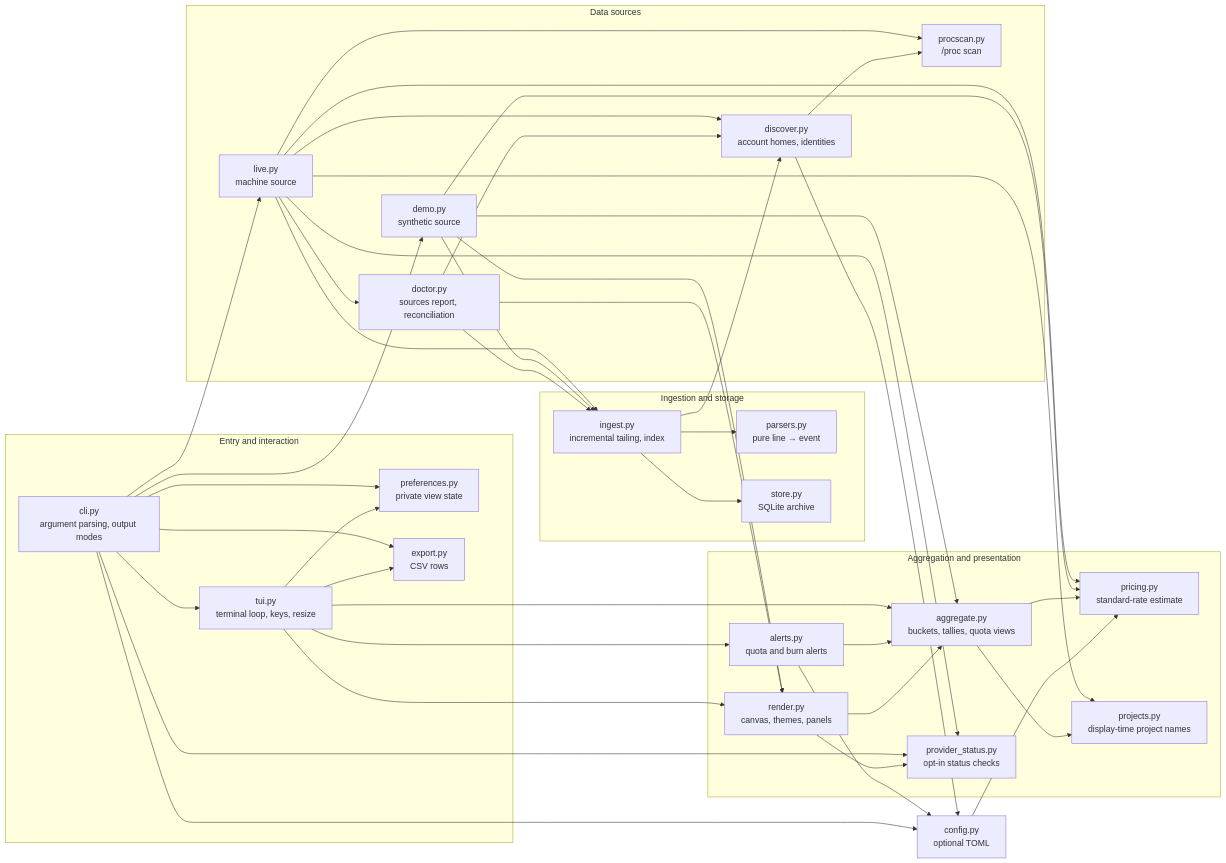
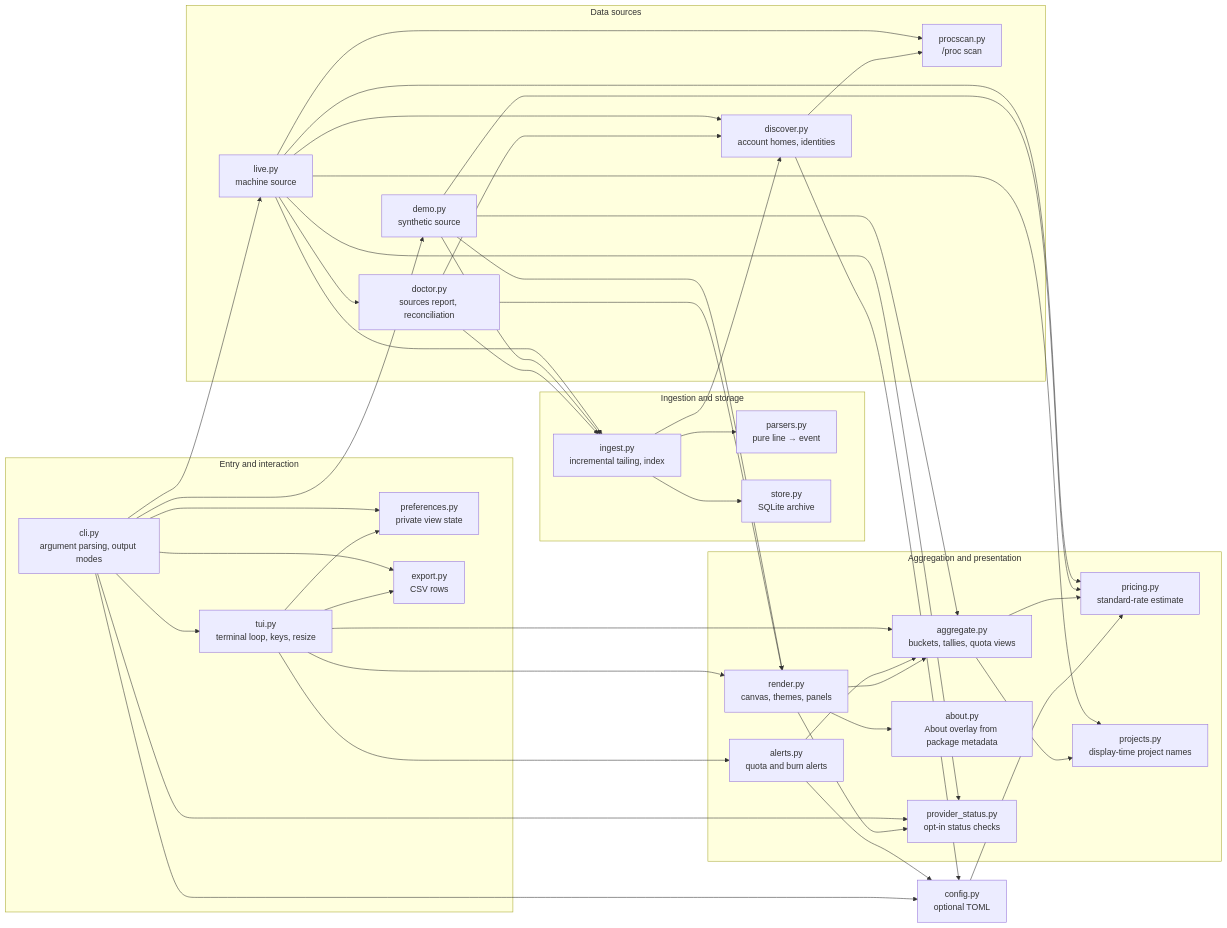
Before and after one commit to marcelpetrick/tokenUsage2: the third of 5 diagrams in docs/ARCHITECTURE.md, drawn with Mermaid. The commit also changed 9 other files, not shown here.

First line of the commit message:
feat: add an About overlay on the i key

````diff
--- a/docs/ARCHITECTURE.md
+++ b/docs/ARCHITECTURE.md
@@ -92,46 +92,47 @@
 ```mermaid
 flowchart LR
     subgraph entry["Entry and interaction"]
         cli["cli.py<br/>argument parsing, output modes"]
         tui["tui.py<br/>terminal loop, keys, resize"]
         prefs["preferences.py<br/>private view state"]
         export["export.py<br/>CSV rows"]
     end
 
     subgraph sources["Data sources"]
         live["live.py<br/>machine source"]
         demo["demo.py<br/>synthetic source"]
         discover["discover.py<br/>account homes, identities"]
         procscan["procscan.py<br/>/proc scan"]
         doctor["doctor.py<br/>sources report, reconciliation"]
     end
 
     subgraph ingestion["Ingestion and storage"]
         ingest["ingest.py<br/>incremental tailing, index"]
         parsers["parsers.py<br/>pure line → event"]
         store["store.py<br/>SQLite archive"]
     end
 
     subgraph view["Aggregation and presentation"]
         aggregate["aggregate.py<br/>buckets, tallies, quota views"]
         alerts["alerts.py<br/>quota and burn alerts"]
         render["render.py<br/>canvas, themes, panels"]
+        about["about.py<br/>About overlay from package metadata"]
         pricing["pricing.py<br/>standard-rate estimate"]
         projects["projects.py<br/>display-time project names"]
         pstatus["provider_status.py<br/>opt-in status checks"]
     end
 
     config["config.py<br/>optional TOML"]
 
     cli --> tui & live & demo & export & prefs & config & pstatus
     tui --> aggregate & alerts & render & export & prefs
     live --> discover & procscan & ingest & doctor & pricing & projects & pstatus
     demo --> aggregate & ingest & pricing & render
     discover --> procscan & config
     doctor --> discover & ingest & render
     ingest --> parsers & store & discover
     aggregate --> pricing & projects
     alerts --> aggregate & config
-    render --> aggregate & pstatus
+    render --> aggregate & pstatus & about
     config --> pricing
 ```
````
